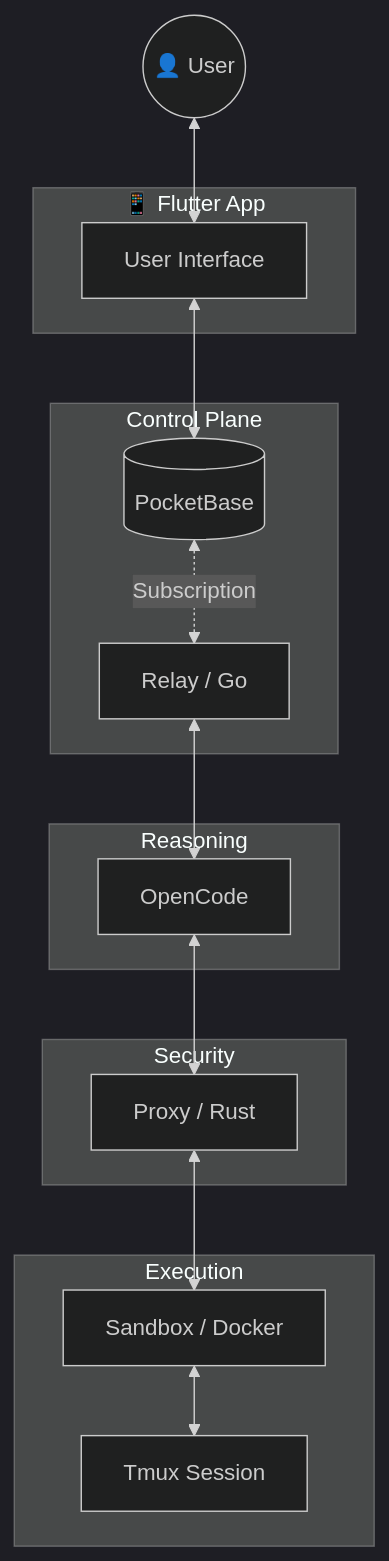
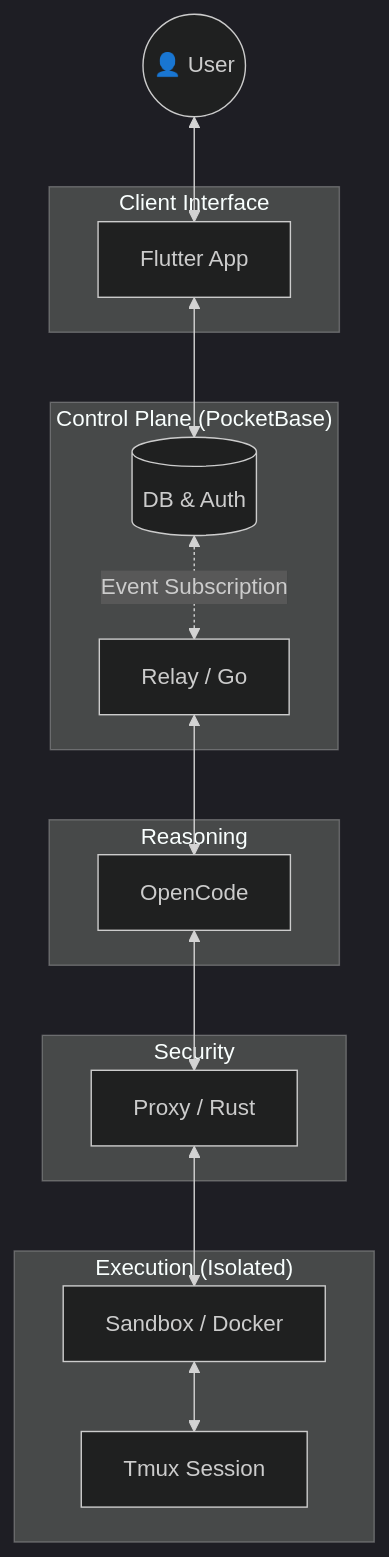
One commit to qtpi-bonding-org/pocketcoder changed the diagram in README.md. Above: the diagram before and after it, drawn with Mermaid (dark theme). The commit also changed other lines of this file and 4 other files, not shown here.

````diff
--- a/README.md
+++ b/README.md
@@ -57,36 +36,36 @@
 ```mermaid
 graph TD
     User((👤 User))
-    subgraph Client ["📱 Flutter App"]
-        UI[User Interface]
+    subgraph Client ["Client Interface"]
+        UI[Flutter App]
     end
 
-    subgraph ControlPlane ["Control Plane"]
-        PB[(PocketBase)]
+    subgraph ControlPlane ["Control Plane (PocketBase)"]
+        PB[(DB & Auth)]
         Relay[Relay / Go]
     end
 
     subgraph Reasoning ["Reasoning"]
         OC[OpenCode]
     end
 
     subgraph Security ["Security"]
         Proxy[Proxy / Rust]
     end
 
-    subgraph Execution ["Execution"]
+    subgraph Execution ["Execution (Isolated)"]
         SB[Sandbox / Docker]
         Tmux[Tmux Session]
     end
 
     %% Flows
     User <--> UI
     UI <--> PB
     
-    PB <-. Subscription .-> Relay
+    PB <-. Event Subscription .-> Relay
     Relay <--> OC
     
     OC <--> Proxy
     Proxy <--> SB
     SB <--> Tmux
 ```
````
